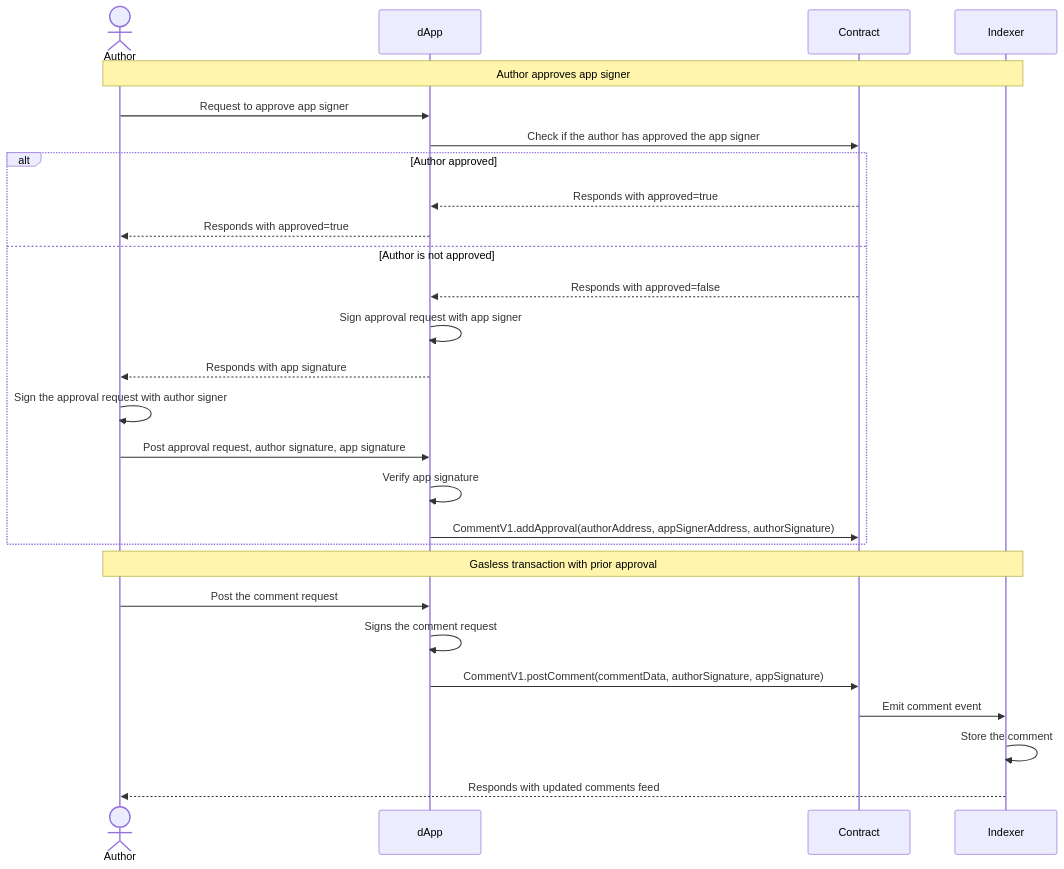
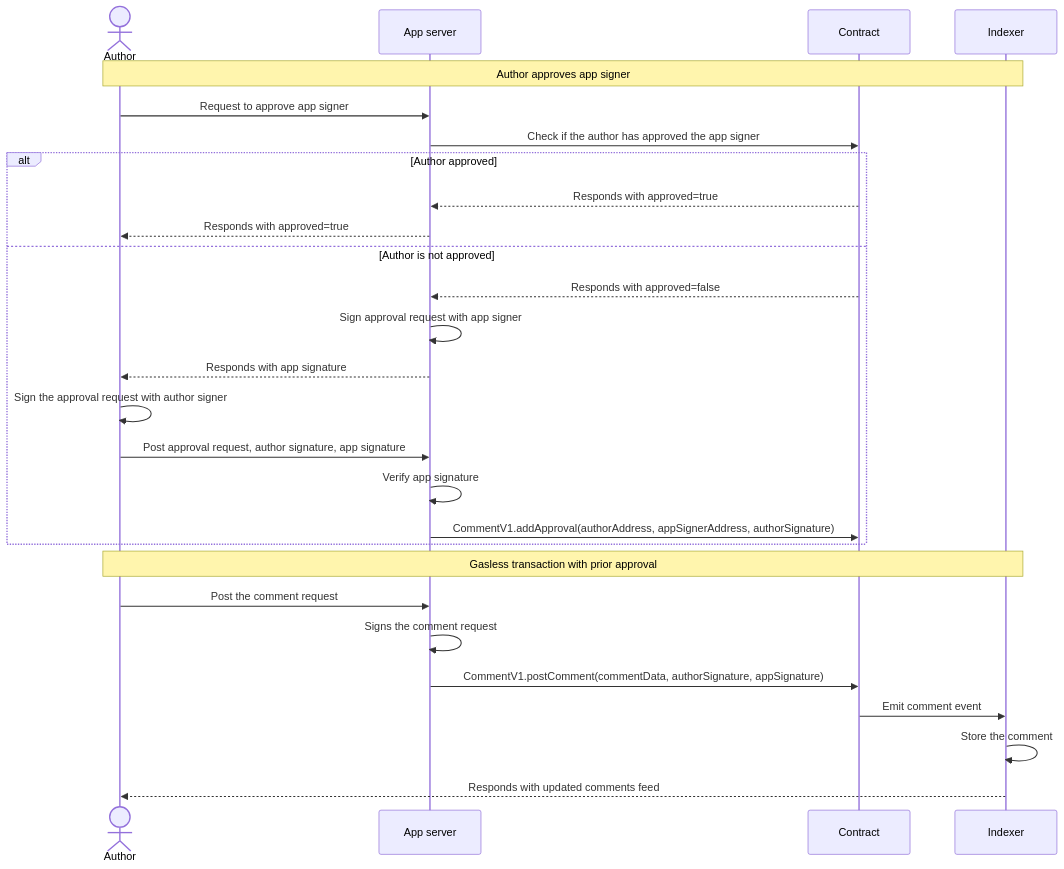
One commit to ecp-eth/comments-monorepo changed the third of 3 diagrams in docs/pages/post-comment-flow.mdx. Above: the diagram before and after it, drawn with Mermaid. The commit also changed other lines of this file and 2 other files, not shown here.

````diff
--- a/docs/pages/post-comment-flow.mdx
+++ b/docs/pages/post-comment-flow.mdx
@@ -80,34 +80,34 @@
 ```mermaid
 sequenceDiagram
     actor Author
-    participant dApp
+    participant App server
     participant Contract
     participant Indexer
 
     %% Flow 3: Author pays gas
     
     Note over Author,Indexer: Author approves app signer
-    Author->>dApp: Request to approve app signer
-    dApp->>Contract: Check if the author has approved the app signer
+    Author->>App server: Request to approve app signer
+    App server->>Contract: Check if the author has approved the app signer
 
     alt Author approved
-        Contract-->>dApp: Responds with approved=true
-        dApp-->>Author: Responds with approved=true
+        Contract-->>App server: Responds with approved=true
+        App server-->>Author: Responds with approved=true
     else Author is not approved
-        Contract-->>dApp: Responds with approved=false
-        dApp->>dApp: Sign approval request with app signer
-        dApp-->>Author: Responds with app signature
+        Contract-->>App server: Responds with approved=false
+        App server->>App server: Sign approval request with app signer
+        App server-->>Author: Responds with app signature
         Author->>Author: Sign the approval request with author signer
-        Author->>dApp: Post approval request, author signature, app signature
-        dApp->>dApp: Verify app signature
-        dApp->>Contract: CommentV1.addApproval(authorAddress, appSignerAddress, authorSignature)
+        Author->>App server: Post approval request, author signature, app signature
+        App server->>App server: Verify app signature
+        App server->>Contract: CommentV1.addApproval(authorAddress, appSignerAddress, authorSignature)
     end
 
     Note over Author,Indexer: Gasless transaction with prior approval
-    Author->>dApp: Post the comment request
-    dApp->>dApp: Signs the comment request
-    dApp->>Contract: CommentV1.postComment(commentData, authorSignature, appSignature)
+    Author->>App server: Post the comment request
+    App server->>App server: Signs the comment request
+    App server->>Contract: CommentV1.postComment(commentData, authorSignature, appSignature)
     Contract->>Indexer: Emit comment event
     Indexer->>Indexer: Store the comment
     Indexer-->>Author: Responds with updated comments feed
 ```
````
